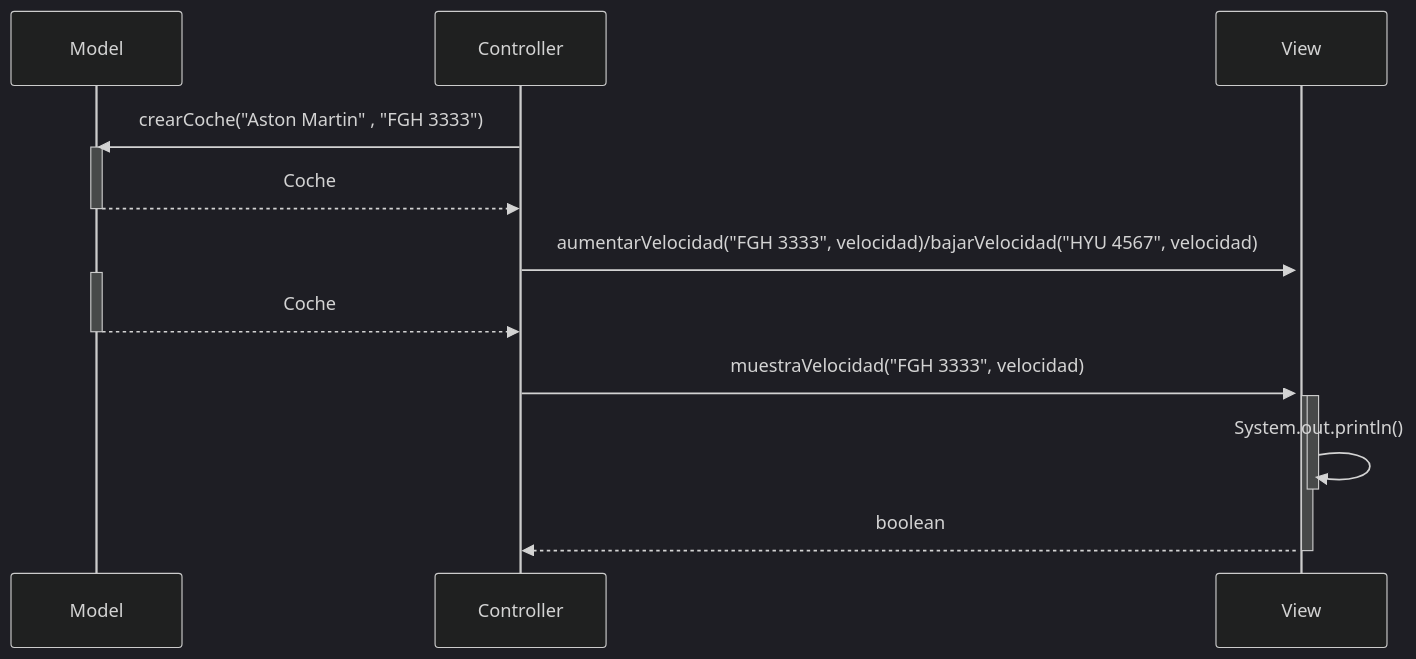
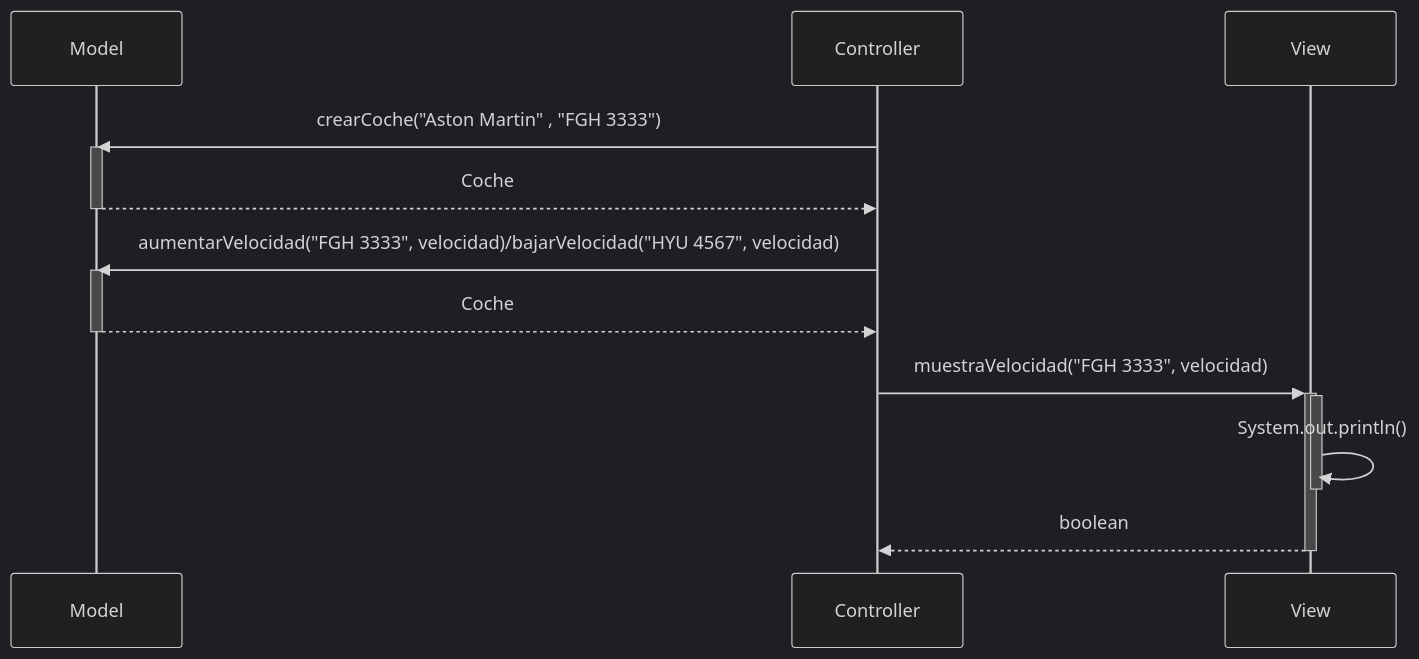
Before and after one commit to damiancastelao/MVC_coches_solucion: the second of 2 diagrams in Readme.md, drawn with Mermaid (dark theme).

Commit message:
correccion readme

````diff
--- a/Readme.md
+++ b/Readme.md
@@ -37,19 +37,19 @@
 ```mermaid
 sequenceDiagram
     participant Model
     participant Controller
     participant View
     Controller->>Model: crearCoche("Aston Martin" , "FGH 3333")
     activate Model
     Model-->>Controller: Coche
     deactivate Model
-    Controller->>+View: aumentarVelocidad("FGH 3333", velocidad)/bajarVelocidad("HYU 4567", velocidad)
+    Controller->>Model: aumentarVelocidad("FGH 3333", velocidad)/bajarVelocidad("HYU 4567", velocidad)
     activate Model
     Model-->>Controller: Coche
     deactivate Model
     Controller->>+View: muestraVelocidad("FGH 3333", velocidad)
     activate View
     View->>-View: System.out.println()
     View-->>Controller: boolean
     deactivate View
 ```
````
